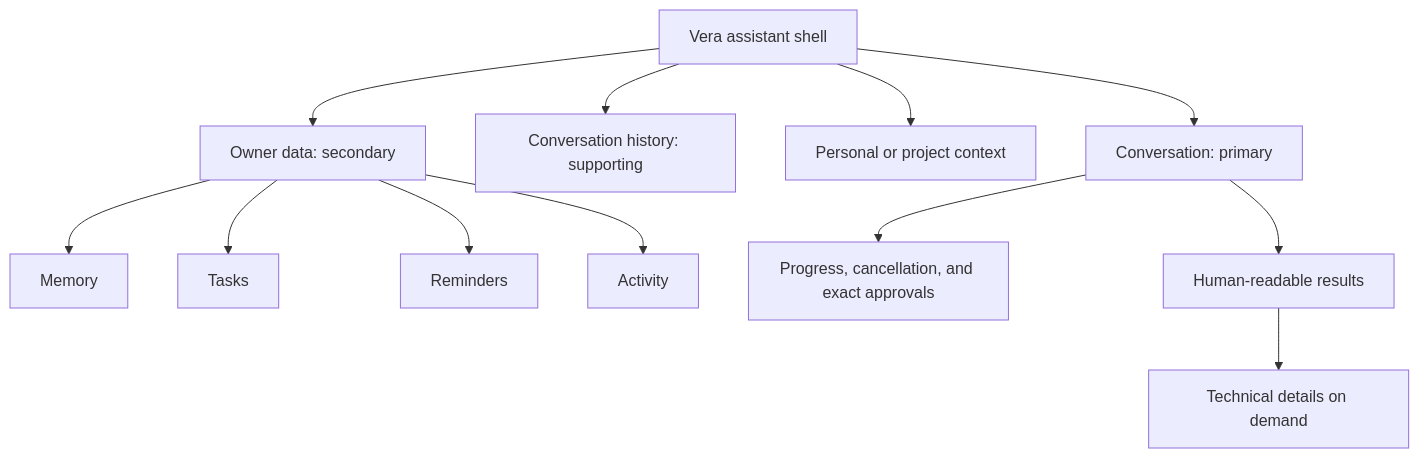
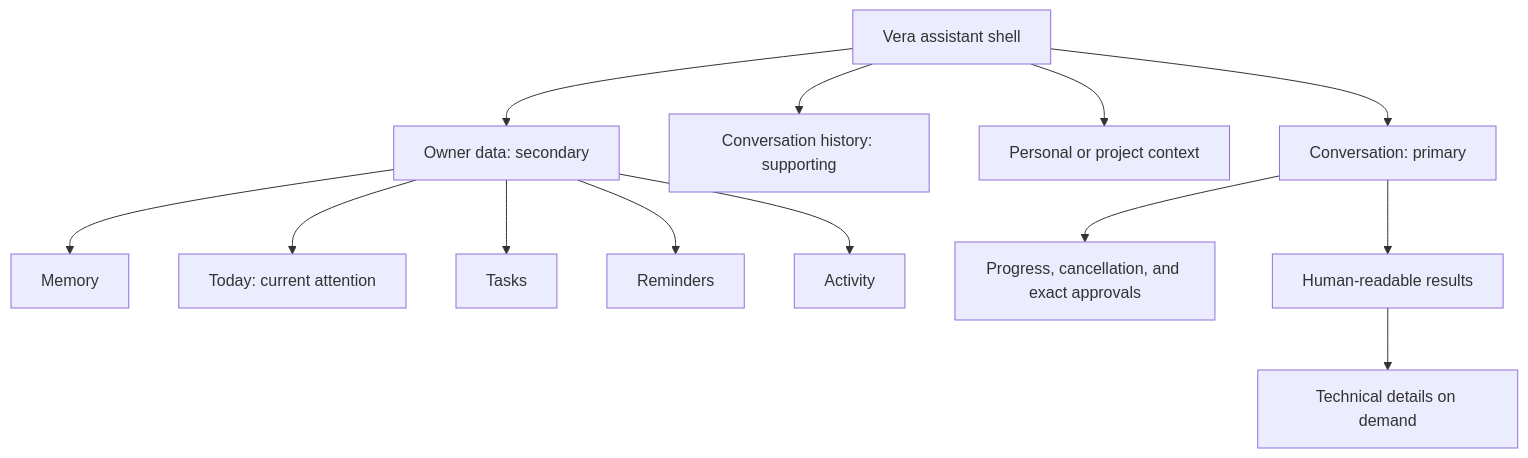
The first of 2 diagrams in docs/interface-design.md (4romgod/vera), drawn with Mermaid before and after one commit. The commit also changed other lines of this file and 49 other files, not shown here.

````diff
--- a/docs/interface-design.md
+++ b/docs/interface-design.md
@@ -30,14 +30,15 @@
 ```mermaid
 flowchart TD
     SHELL["Vera assistant shell"] --> CHAT["Conversation: primary"]
     SHELL --> HISTORY["Conversation history: supporting"]
     SHELL --> CONTEXT["Personal or project context"]
     SHELL --> OWNER["Owner data: secondary"]
     OWNER --> MEMORY["Memory"]
+    OWNER --> TODAY["Today: current attention"]
     OWNER --> TASKS["Tasks"]
     OWNER --> REMINDERS["Reminders"]
     OWNER --> ACTIVITY["Activity"]
     CHAT --> CONTROL["Progress, cancellation, and exact approvals"]
     CHAT --> RESULTS["Human-readable results"]
     RESULTS --> DETAILS["Technical details on demand"]
 ```
````
